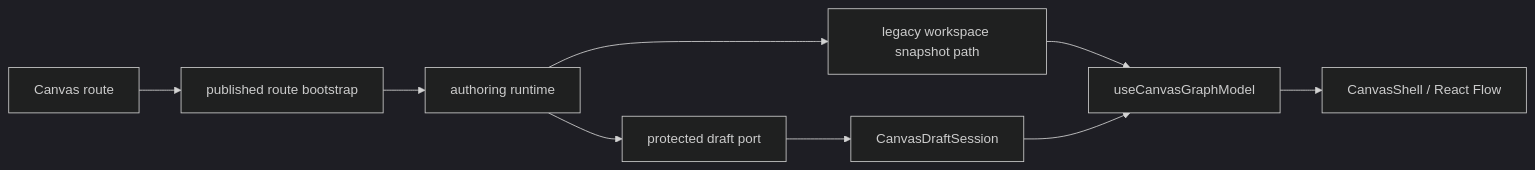
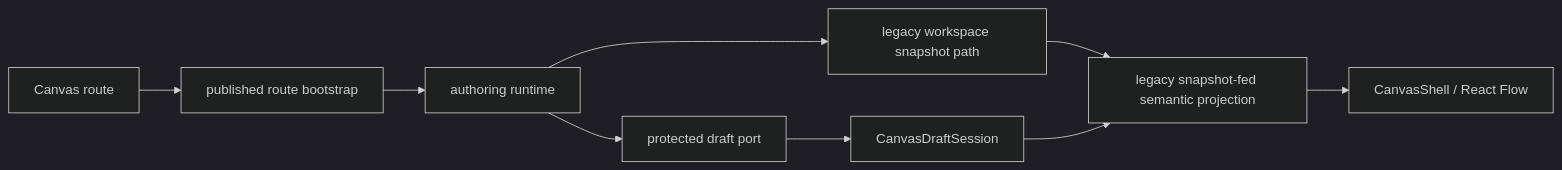
Before and after one commit to dunay2/dvt: the first of 4 diagrams in docs/planning/reviews/architecture-and-governance/20260422-canvas-runtime-truth-hardcut-review.md, drawn with Mermaid (dark theme). The commit also changed other lines of this file and 119 other files, not shown here.

````diff
--- a/docs/planning/reviews/architecture-and-governance/20260422-canvas-runtime-truth-hardcut-review.md
+++ b/docs/planning/reviews/architecture-and-governance/20260422-canvas-runtime-truth-hardcut-review.md
@@ -210,11 +212,11 @@
 ```mermaid
 flowchart LR
   Route["Canvas route"] --> Bootstrap["published route bootstrap"]
   Bootstrap --> Runtime["authoring runtime"]
   Runtime --> DraftPort["protected draft port"]
   Runtime --> Snapshot["legacy workspace snapshot path"]
   DraftPort --> Session["CanvasDraftSession"]
-  Snapshot --> GraphModel["useCanvasGraphModel"]
-  Session --> GraphModel
-  GraphModel --> View["CanvasShell / React Flow"]
+  Snapshot --> SemanticProjection["legacy snapshot-fed semantic projection"]
+  Session --> SemanticProjection
+  SemanticProjection --> View["CanvasShell / React Flow"]
 ```
````
